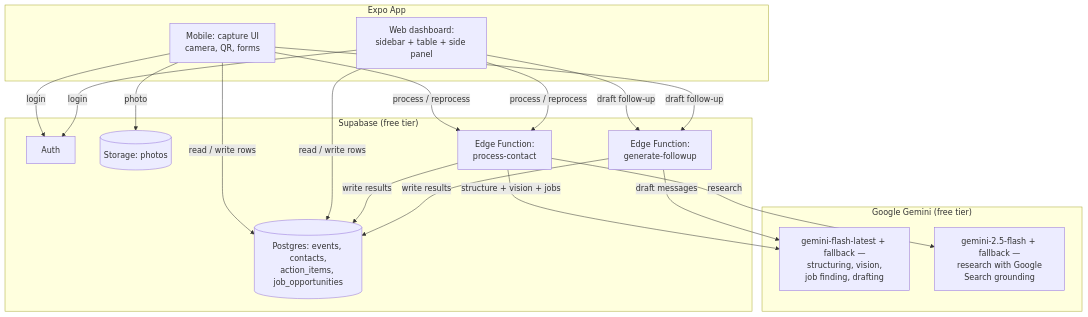
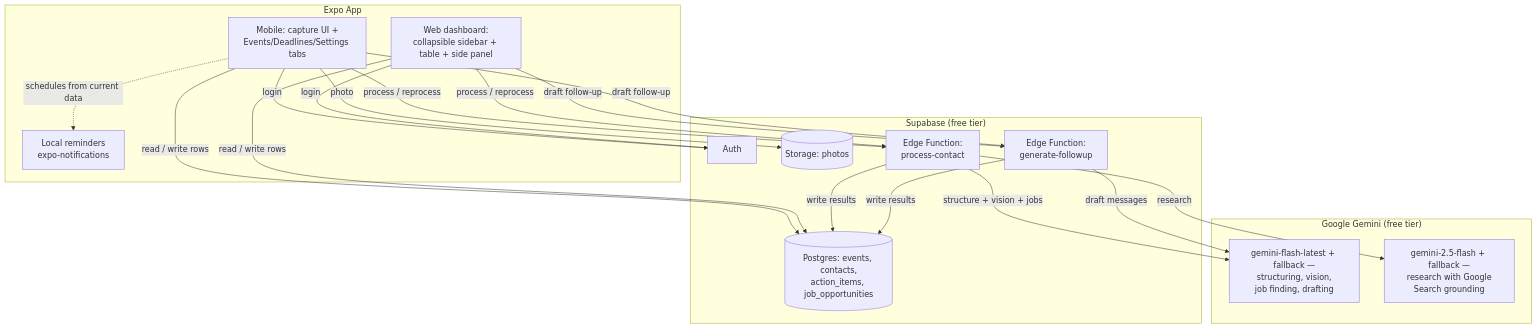
Before and after one commit to SnehMistry/boothbuddy: the diagram in README.md, drawn with Mermaid. The commit also changed other lines of this file, not shown here.

````diff
--- a/README.md
+++ b/README.md
@@ -123,35 +135,37 @@
 ```mermaid
 flowchart TD
     subgraph Client["Expo App"]
-        Mobile[Mobile: capture UI<br/>camera, QR, forms]
-        Web[Web dashboard:<br/>sidebar + table + side panel]
+        Mobile[Mobile: capture UI +<br/>Events/Deadlines/Settings tabs]
+        Web[Web dashboard:<br/>collapsible sidebar + table + side panel]
+        Local[Local reminders<br/>expo-notifications]
     end
 
     subgraph Supabase["Supabase (free tier)"]
         Auth[Auth]
         DB[(Postgres: events, contacts,<br/>action_items, job_opportunities)]
         Storage[(Storage: photos)]
         Structure[Edge Function:<br/>process-contact]
         Draft[Edge Function:<br/>generate-followup]
     end
 
     subgraph AI["Google Gemini (free tier)"]
         Gemini[gemini-flash-latest + fallback —<br/>structuring, vision,<br/>job finding, drafting]
         Grounded[gemini-2.5-flash + fallback —<br/>research with Google<br/>Search grounding]
     end
 
     Mobile -->|photo| Storage
     Mobile -->|read / write rows| DB
+    Mobile -.->|schedules from current data| Local
     Web -->|read / write rows| DB
     Mobile -->|login| Auth
     Web -->|login| Auth
     Mobile -->|process / reprocess| Structure
     Web -->|process / reprocess| Structure
     Web -->|draft follow-up| Draft
     Mobile -->|draft follow-up| Draft
     Structure -->|structure + vision + jobs| Gemini
     Structure -->|research| Grounded
     Draft -->|draft messages| Gemini
     Structure -->|write results| DB
     Draft -->|write results| DB
 ```
````
